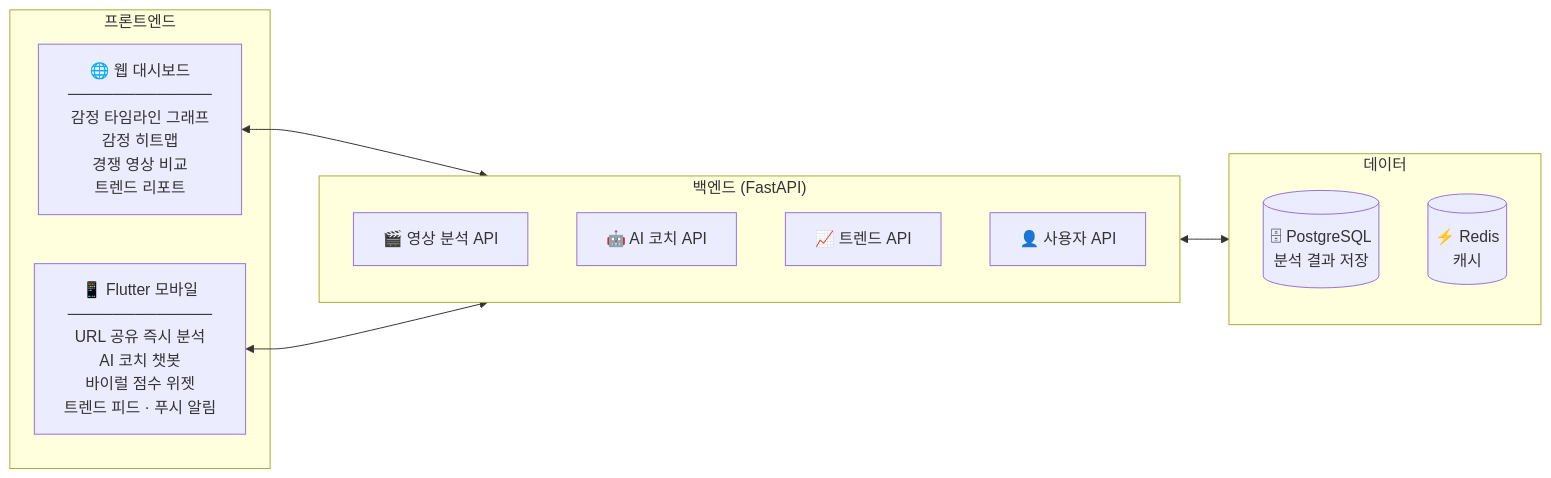
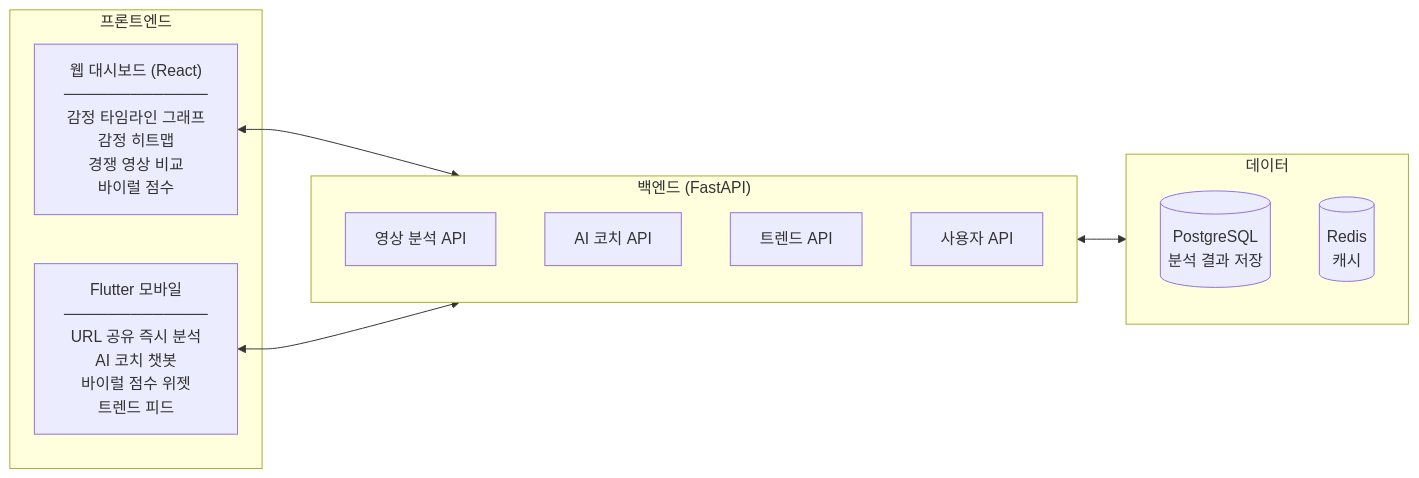
One commit to Userlsj-project/VibeView changed the second of 6 diagrams in README.md. Above: the diagram before and after it, drawn with Mermaid. The commit also changed other lines of this file and 19 other files, not shown here.

````diff
--- a/README.md
+++ b/README.md
@@ -112,23 +106,23 @@
 ```mermaid
 flowchart LR
     subgraph FE["프론트엔드"]
-        W["🌐 웹 대시보드\n─────────────\n감정 타임라인 그래프\n감정 히트맵\n경쟁 영상 비교\n트렌드 리포트"]
-        M["📱 Flutter 모바일\n─────────────\nURL 공유 즉시 분석\nAI 코치 챗봇\n바이럴 점수 위젯\n트렌드 피드 · 푸시 알림"]
+        W["웹 대시보드 (React)\n─────────────\n감정 타임라인 그래프\n감정 히트맵\n경쟁 영상 비교\n바이럴 점수"]
+        M["Flutter 모바일\n─────────────\nURL 공유 즉시 분석\nAI 코치 챗봇\n바이럴 점수 위젯\n트렌드 피드"]
     end
 
     subgraph BE["백엔드 (FastAPI)"]
-        B1["🎬 영상 분석 API"]
-        B2["🤖 AI 코치 API"]
-        B3["📈 트렌드 API"]
-        B4["👤 사용자 API"]
+        B1["영상 분석 API"]
+        B2["AI 코치 API"]
+        B3["트렌드 API"]
+        B4["사용자 API"]
     end
 
     subgraph DB["데이터"]
-        D1[("🗄 PostgreSQL\n분석 결과 저장")]
-        D2[("⚡ Redis\n캐시")]
+        D1[("PostgreSQL\n분석 결과 저장")]
+        D2[("Redis\n캐시")]
     end
 
     W <--> BE
     M <--> BE
     BE <--> DB
 ```
````
